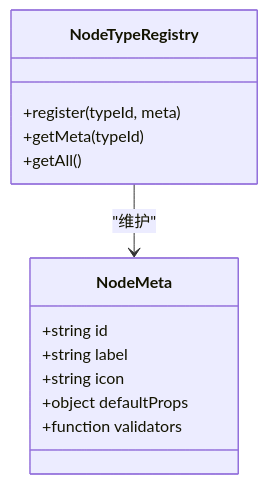
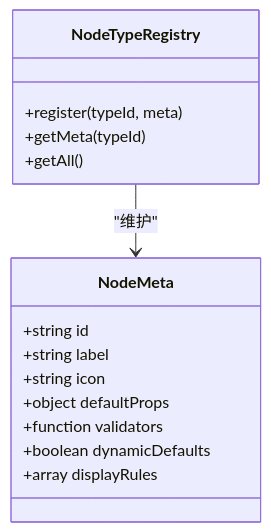
The third of 9 diagrams in .qoder/repowiki/zh/content/用户界面设计/流程设计器核心/流程设计器核心.md (liming-lihaini/workflow), drawn with Mermaid before and after one commit. The commit also changed other lines of this file and 29 other files, not shown here.

````diff
--- a/.qoder/repowiki/zh/content/用户界面设计/流程设计器核心/流程设计器核心.md
+++ b/.qoder/repowiki/zh/content/用户界面设计/流程设计器核心/流程设计器核心.md
@@ -144,16 +157,18 @@
 ```mermaid
 classDiagram
 class NodeTypeRegistry {
 +register(typeId, meta)
 +getMeta(typeId)
 +getAll()
 }
 class NodeMeta {
 +string id
 +string label
 +string icon
 +object defaultProps
 +function validators
++boolean dynamicDefaults
++array displayRules
 }
 NodeTypeRegistry --> NodeMeta : "维护"
 ```
````
